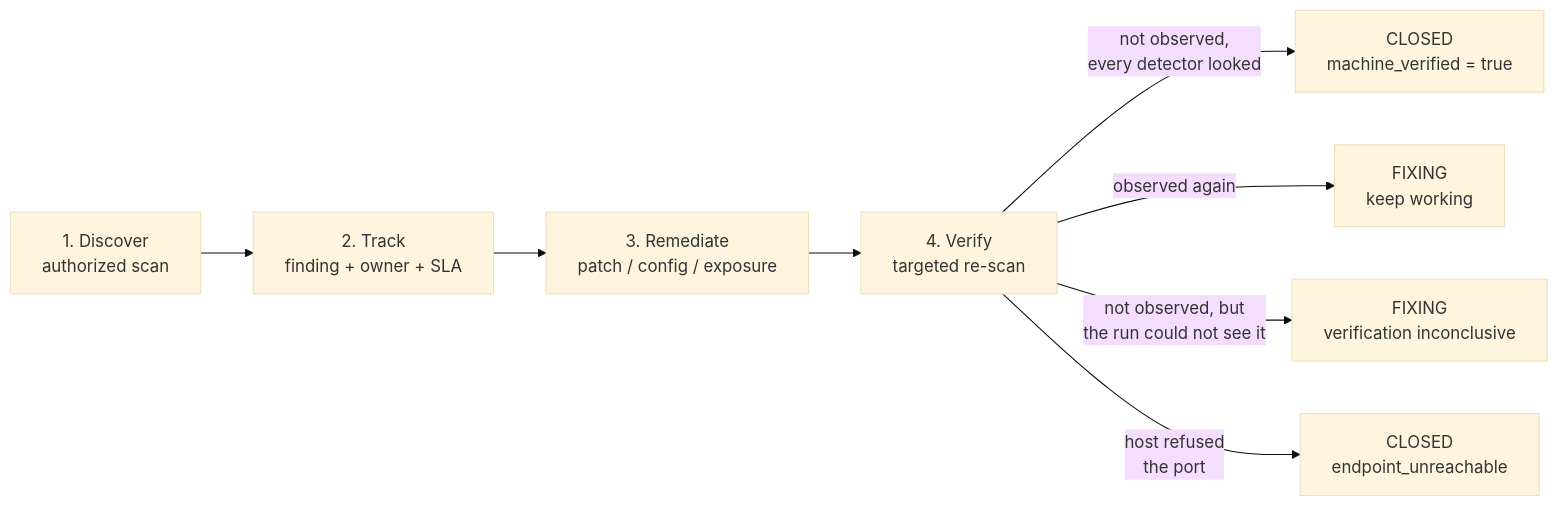
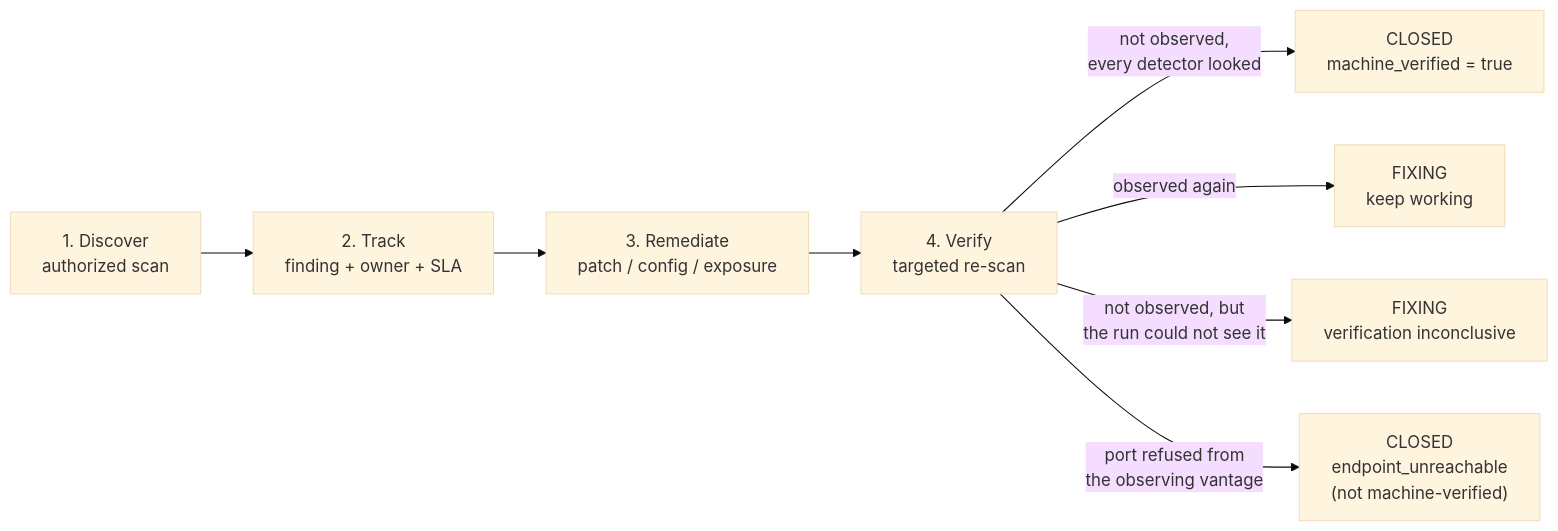
One commit to onixus/Shapoclyack changed the first of 3 diagrams in README.md. Above: the diagram before and after it, drawn with Mermaid (base theme). The commit also changed other lines of this file and 9 other files, not shown here.

First line of the commit message:
docs: endpoint_unreachable is not reachable from a vantage, never machine-verified

````diff
--- a/README.md
+++ b/README.md
@@ -17,10 +17,10 @@
 ```mermaid
 flowchart LR
     A["1. Discover<br/>authorized scan"] --> B["2. Track<br/>finding + owner + SLA"]
     B --> C["3. Remediate<br/>patch / config / exposure"]
     C --> D["4. Verify<br/>targeted re-scan"]
     D -->|not observed,<br/>every detector looked| E["CLOSED<br/>machine_verified = true"]
     D -->|observed again| F["FIXING<br/>keep working"]
     D -->|not observed, but<br/>the run could not see it| G["FIXING<br/>verification inconclusive"]
-    D -->|host refused<br/>the port| H["CLOSED<br/>endpoint_unreachable"]
+    D -->|port refused from<br/>the observing vantage| H["CLOSED<br/>endpoint_unreachable<br/>(not machine-verified)"]
 ```
````
